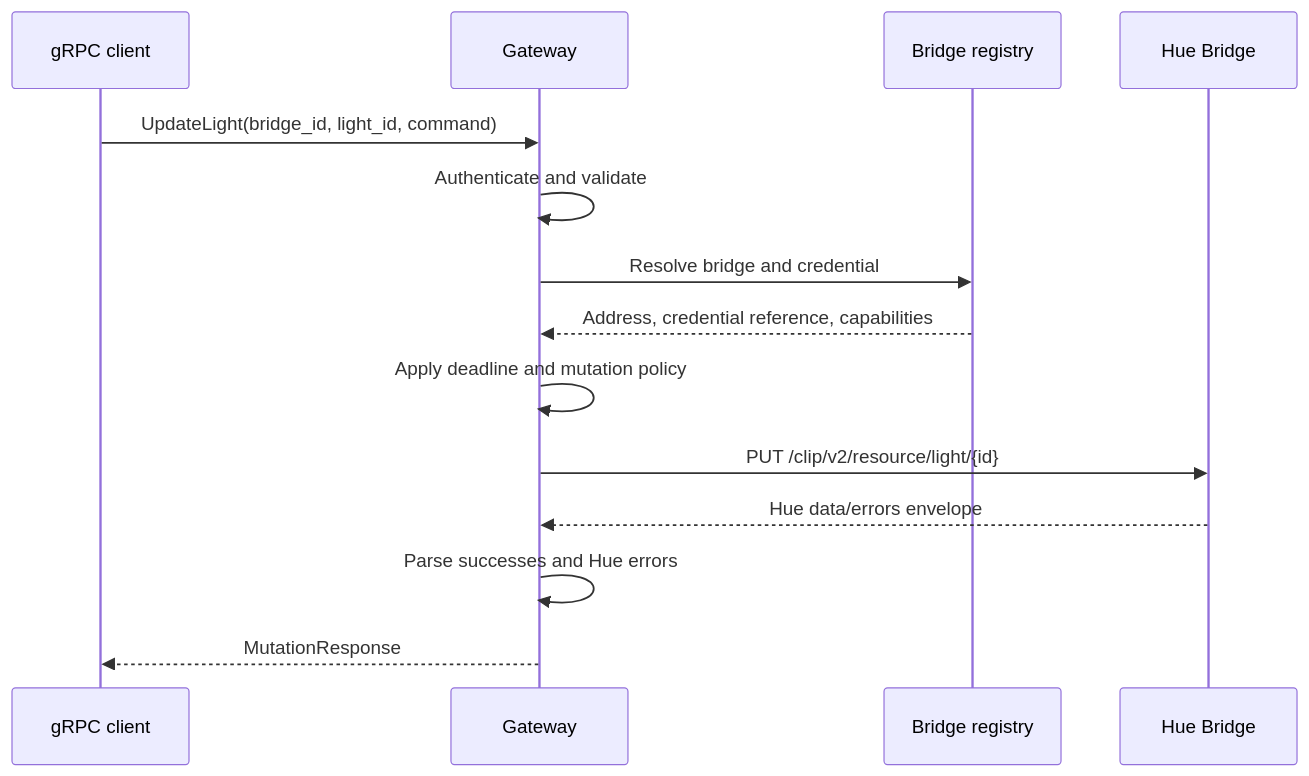
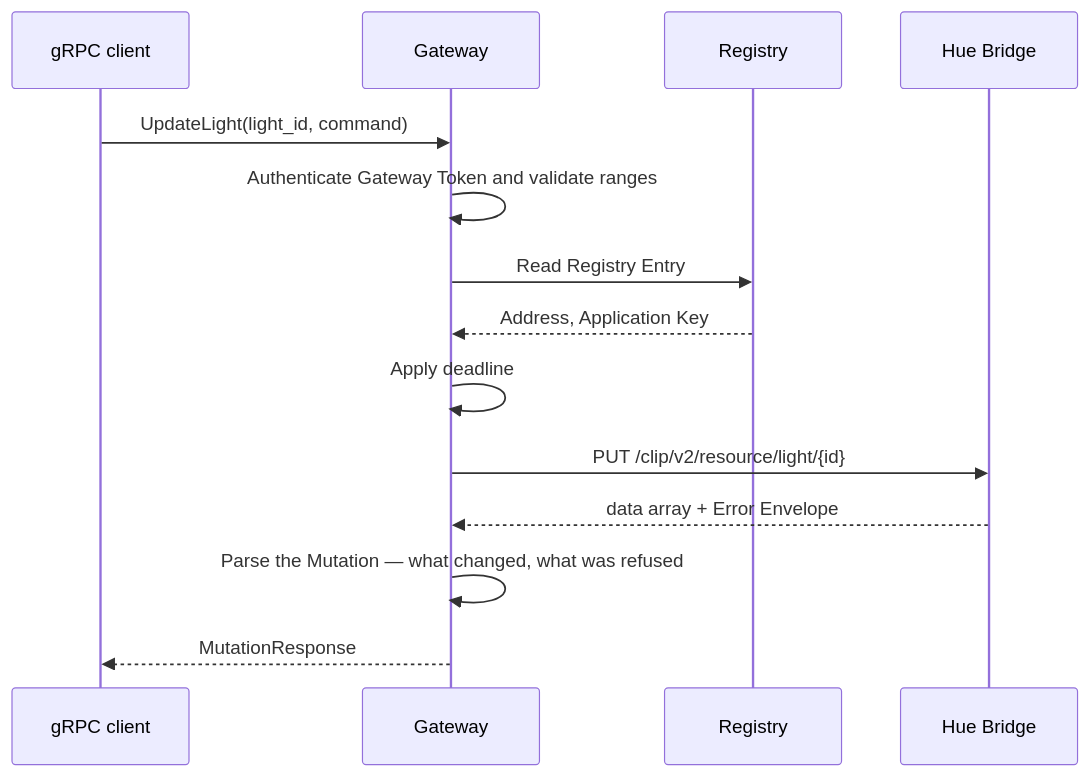
One commit to malamoney/hue changed the third of 9 diagrams in philips-hue-grpc-nixos-plan.md. Above: the diagram before and after it, drawn with Mermaid. The commit also changed other lines of this file, not shown here.

````diff
--- a/philips-hue-grpc-nixos-plan.md
+++ b/philips-hue-grpc-nixos-plan.md
@@ -398,17 +300,17 @@
 ```mermaid
 sequenceDiagram
     participant C as gRPC client
     participant G as Gateway
-    participant R as Bridge registry
+    participant R as Registry
     participant H as Hue Bridge
 
-    C->>G: UpdateLight(bridge_id, light_id, command)
-    G->>G: Authenticate and validate
-    G->>R: Resolve bridge and credential
-    R-->>G: Address, credential reference, capabilities
-    G->>G: Apply deadline and mutation policy
+    C->>G: UpdateLight(light_id, command)
+    G->>G: Authenticate Gateway Token and validate ranges
+    G->>R: Read Registry Entry
+    R-->>G: Address, Application Key
+    G->>G: Apply deadline
     G->>H: PUT /clip/v2/resource/light/{id}
-    H-->>G: Hue data/errors envelope
-    G->>G: Parse successes and Hue errors
+    H-->>G: data array + Error Envelope
+    G->>G: Parse the Mutation — what changed, what was refused
     G-->>C: MutationResponse
 ```
````
